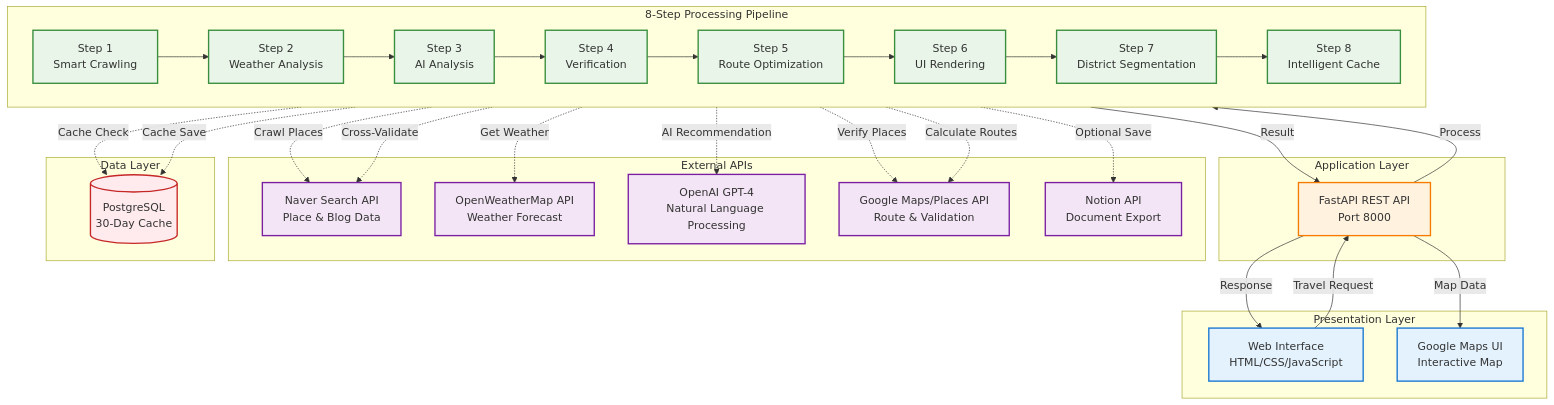
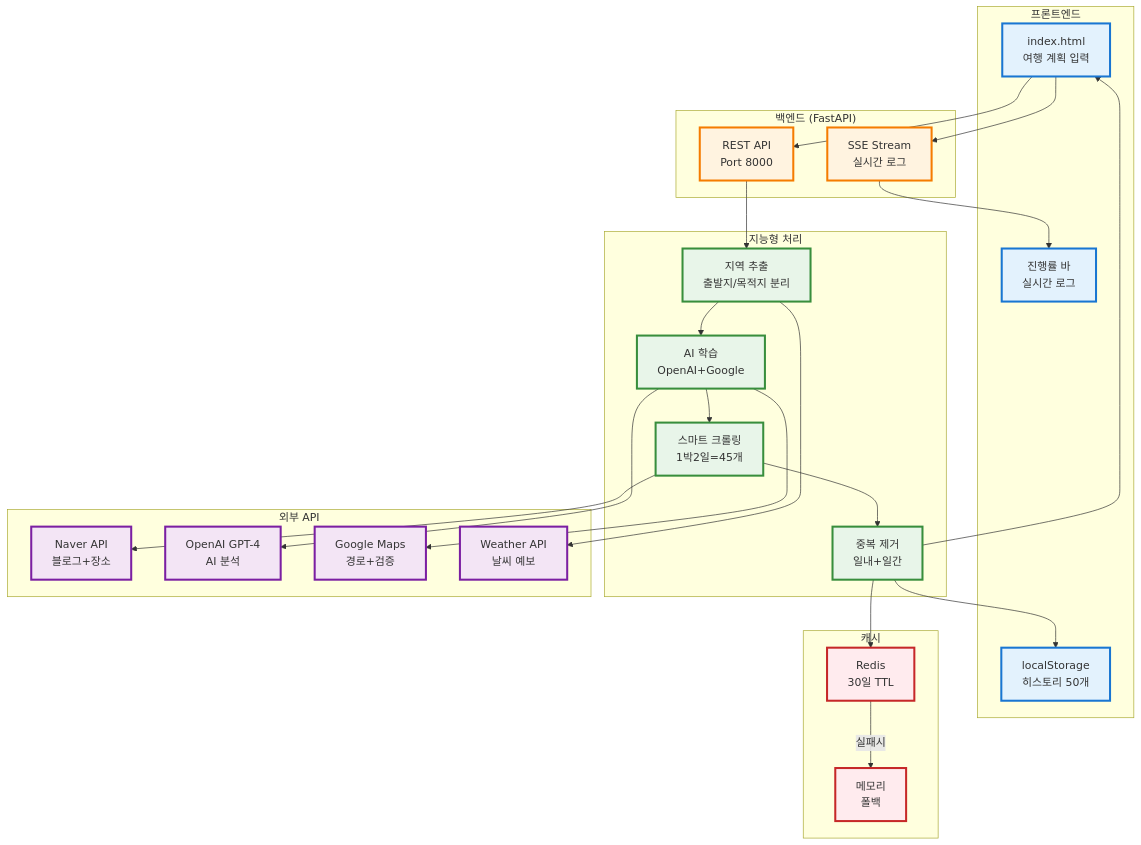
One commit to idle0403/travel-recommend-korea changed the diagram in README.MD. Above: the diagram before and after it, drawn with Mermaid. The commit also changed other lines of this file and 33 other files, not shown here.

````diff
--- a/README.MD
+++ b/README.MD
@@ -25,67 +29,62 @@
 ```mermaid
 graph TB
-    subgraph Frontend["Presentation Layer"]
-        UI[Web Interface<br/>HTML/CSS/JavaScript]
-        MAP[Google Maps UI<br/>Interactive Map]
+    subgraph Frontend["프론트엔드"]
+        UI[index.html<br/>여행 계획 입력]
+        HIST[localStorage<br/>히스토리 50개]
+        LOG[진행률 바<br/>실시간 로그]
     end
     
-    subgraph API["Application Layer"]
-        REST[FastAPI REST API<br/>Port 8000]
+    subgraph Backend["백엔드 (FastAPI)"]
+        API[REST API<br/>Port 8000]
+        SSE[SSE Stream<br/>실시간 로그]
     end
     
-    subgraph Pipeline["8-Step Processing Pipeline"]
-        direction LR
-        S1[Step 1<br/>Smart Crawling] --> S2[Step 2<br/>Weather Analysis]
-        S2 --> S3[Step 3<br/>AI Analysis]
-        S3 --> S4[Step 4<br/>Verification]
-        S4 --> S5[Step 5<br/>Route Optimization]
-        S5 --> S6[Step 6<br/>UI Rendering]
-        S6 --> S7[Step 7<br/>District Segmentation]
-        S7 --> S8[Step 8<br/>Intelligent Cache]
+    subgraph Intelligence["지능형 처리"]
+        EXTRACT[지역 추출<br/>출발지/목적지 분리]
+        AI_LEARN[AI 학습<br/>OpenAI+Google]
+        CRAWL[스마트 크롤링<br/>1박2일=45개]
+        DEDUP[중복 제거<br/>일내+일간]
     end
     
-    subgraph External["External APIs"]
-        NAVER[Naver Search API<br/>Place & Blog Data]
-        WEATHER[OpenWeatherMap API<br/>Weather Forecast]
-        OPENAI[OpenAI GPT-4<br/>Natural Language Processing]
-        GOOGLE[Google Maps/Places API<br/>Route & Validation]
-        NOTION[Notion API<br/>Document Export]
+    subgraph External["외부 API"]
+        NAVER[Naver API<br/>블로그+장소]
+        OPENAI[OpenAI GPT-4<br/>AI 분석]
+        GOOGLE[Google Maps<br/>경로+검증]
+        WEATHER[Weather API<br/>날씨 예보]
     end
     
-    subgraph Data["Data Layer"]
-        DB[(PostgreSQL<br/>30-Day Cache)]
+    subgraph Cache["캐시"]
+        REDIS[Redis<br/>30일 TTL]
+        MEMORY[메모리<br/>폴백]
     end
     
-    %% User Flow
-    UI -->|Travel Request| REST
-    REST -->|Process| S1
-    S8 -->|Result| REST
-    REST -->|Response| UI
-    REST -->|Map Data| MAP
+    UI --> API
+    UI --> SSE
+    API --> EXTRACT
+    EXTRACT --> AI_LEARN
+    AI_LEARN --> CRAWL
+    CRAWL --> DEDUP
+    DEDUP --> REDIS
+    REDIS -->|실패시| MEMORY
     
-    %% Pipeline to External APIs
-    S1 -.->|Crawl Places| NAVER
-    S2 -.->|Get Weather| WEATHER
-    S3 -.->|AI Recommendation| OPENAI
-    S4 -.->|Cross-Validate| NAVER
-    S4 -.->|Verify Places| GOOGLE
-    S5 -.->|Calculate Routes| GOOGLE
-    S8 -.->|Optional Save| NOTION
+    AI_LEARN --> OPENAI
+    AI_LEARN --> GOOGLE
+    CRAWL --> NAVER
+    EXTRACT --> WEATHER
     
-    %% Database Interactions
-    S1 -.->|Cache Check| DB
-    S8 -.->|Cache Save| DB
+    DEDUP --> UI
+    DEDUP --> HIST
+    SSE --> LOG
     
-    %% Styling
-    classDef frontendStyle fill:#e3f2fd,stroke:#1976d2,stroke-width:2px
-    classDef apiStyle fill:#fff3e0,stroke:#f57c00,stroke-width:2px
-    classDef pipelineStyle fill:#e8f5e8,stroke:#388e3c,stroke-width:2px
-    classDef externalStyle fill:#f3e5f5,stroke:#7b1fa2,stroke-width:2px
-    classDef dataStyle fill:#ffebee,stroke:#c62828,stroke-width:2px
+    classDef frontStyle fill:#e3f2fd,stroke:#1976d2,stroke-width:3px
+    classDef backStyle fill:#fff3e0,stroke:#f57c00,stroke-width:3px
+    classDef aiStyle fill:#e8f5e9,stroke:#388e3c,stroke-width:3px
+    classDef extStyle fill:#f3e5f5,stroke:#7b1fa2,stroke-width:3px
+    classDef cacheStyle fill:#ffebee,stroke:#c62828,stroke-width:3px
     
-    class UI,MAP frontendStyle
-    class REST apiStyle
-    class S1,S2,S3,S4,S5,S6,S7,S8 pipelineStyle
-    class NAVER,WEATHER,OPENAI,GOOGLE,NOTION externalStyle
-    class DB dataStyle
+    class UI,HIST,LOG frontStyle
+    class API,SSE backStyle
+    class EXTRACT,AI_LEARN,CRAWL,DEDUP aiStyle
+    class NAVER,OPENAI,GOOGLE,WEATHER extStyle
+    class REDIS,MEMORY cacheStyle
 ```
````
